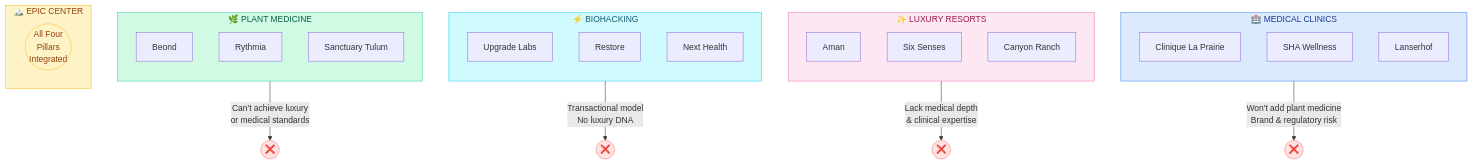
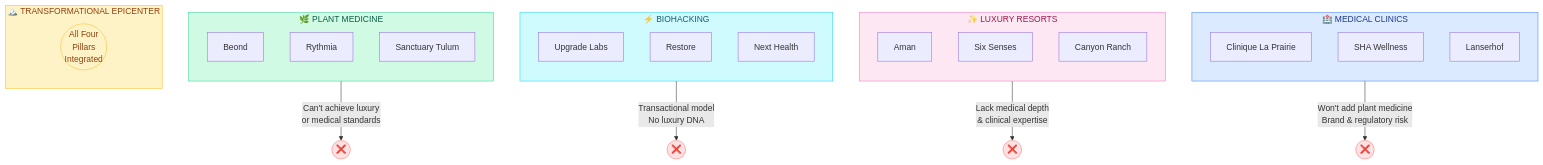
One commit to Light-Brands/epic-center changed the second of 18 diagrams in docs/strategy/MARKET_STRATEGY_PLAN.md. Above: the diagram before and after it, drawn with Mermaid. The commit also changed other lines of this file and 1 other file, not shown here.

First line of the commit message:
refactor: Rename Epic Center to Transformational Epicenter

````diff
--- a/docs/strategy/MARKET_STRATEGY_PLAN.md
+++ b/docs/strategy/MARKET_STRATEGY_PLAN.md
@@ -38,50 +38,50 @@
 ```mermaid
 flowchart TB
     subgraph MEDICAL["🏥 MEDICAL CLINICS"]
         direction TB
         M1[Clinique La Prairie]
         M2[SHA Wellness]
         M3[Lanserhof]
     end
 
     subgraph LUXURY["✨ LUXURY RESORTS"]
         direction TB
         L1[Aman]
         L2[Six Senses]
         L3[Canyon Ranch]
     end
 
     subgraph BIOHACK["⚡ BIOHACKING"]
         direction TB
         B1[Upgrade Labs]
         B2[Restore]
         B3[Next Health]
     end
 
     subgraph PLANT["🌿 PLANT MEDICINE"]
         direction TB
         P1[Beond]
         P2[Rythmia]
         P3[Sanctuary Tulum]
     end
 
     MEDICAL -->|"Won't add plant medicine<br/>Brand & regulatory risk"| BLOCKED1((❌))
     LUXURY -->|"Lack medical depth<br/>& clinical expertise"| BLOCKED2((❌))
     BIOHACK -->|"Transactional model<br/>No luxury DNA"| BLOCKED3((❌))
     PLANT -->|"Can't achieve luxury<br/>or medical standards"| BLOCKED4((❌))
 
-    subgraph EPICENTER["🏔️ EPIC CENTER"]
+    subgraph EPICENTER["🏔️ TRANSFORMATIONAL EPICENTER"]
         EC((All Four<br/>Pillars<br/>Integrated))
     end
 
     style MEDICAL fill:#dbeafe,stroke:#3b82f6,color:#1e3a8a
     style LUXURY fill:#fce7f3,stroke:#f472b6,color:#9d174d
     style BIOHACK fill:#cffafe,stroke:#22d3ee,color:#155e75
     style PLANT fill:#d1fae5,stroke:#34d399,color:#065f46
     style EPICENTER fill:#fef3c7,stroke:#fbbf24,color:#92400e
     style BLOCKED1 fill:#fee2e2,stroke:#f87171,color:#7f1d1d
     style BLOCKED2 fill:#fee2e2,stroke:#f87171,color:#7f1d1d
     style BLOCKED3 fill:#fee2e2,stroke:#f87171,color:#7f1d1d
     style BLOCKED4 fill:#fee2e2,stroke:#f87171,color:#7f1d1d
     style EC fill:#fef3c7,stroke:#fbbf24,color:#92400e
 ```
````
